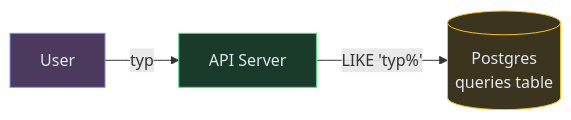
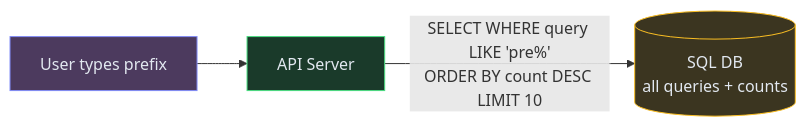
Before and after one commit to iluzn/HLD-Designs: the first of 8 diagrams in content/hld/SearchAutocomplete.md, drawn with Mermaid. The commit also changed other lines of this file and 26 other files, not shown here.

````diff
--- a/content/hld/SearchAutocomplete.md
+++ b/content/hld/SearchAutocomplete.md
@@ -25,13 +25,13 @@
 ```mermaid
 flowchart LR
-    USER["User"]:::client
+    USER["User types prefix"]:::client
     API["API Server"]:::service
-    DB[("Postgres<br/>queries table")]:::data
+    DB[("SQL DB<br/>all queries + counts")]:::data
 
-    USER -->|"typ"| API
-    API -->|LIKE 'typ%'| DB
+    USER --> API
+    API -->|"SELECT WHERE query LIKE 'pre%'<br/>ORDER BY count DESC LIMIT 10"| DB
 
     classDef client fill:#4c3a5e,stroke:#818cf8,color:#e2e8f0
     classDef service fill:#1a3a2a,stroke:#4ade80,color:#e2e8f0
     classDef data fill:#3b3520,stroke:#fbbf24,color:#e2e8f0
 ```
````
